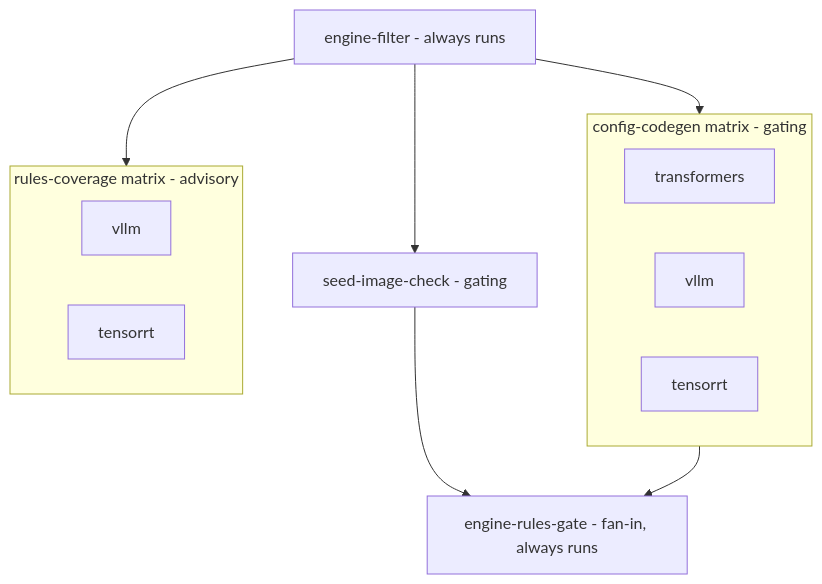
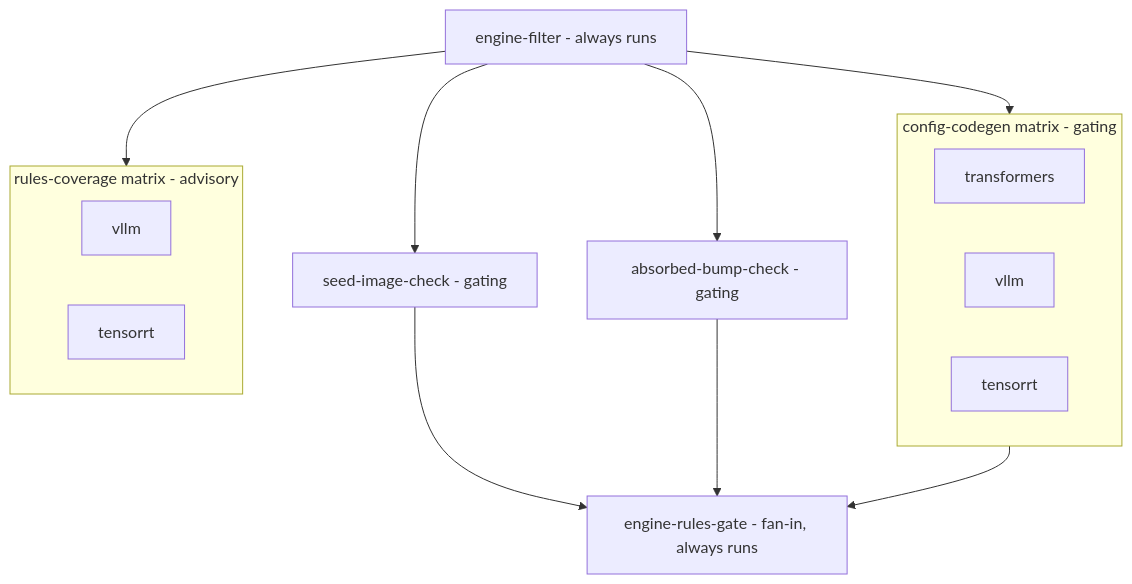
Before and after one commit to henrycgbaker/LLenergyMeasure: the diagram in docs/explanation/architecture/ci-architecture.md, drawn with Mermaid. The commit also changed other lines of this file and 4 other files, not shown here.

````diff
--- a/docs/explanation/architecture/ci-architecture.md
+++ b/docs/explanation/architecture/ci-architecture.md
@@ -39,21 +39,24 @@
 ```mermaid
 flowchart TB
     ef[engine-filter - always runs]
     subgraph config-codegen [config-codegen matrix - gating]
         cc_tf[transformers]
         cc_vllm[vllm]
         cc_trt[tensorrt]
     end
     subgraph rules-coverage [rules-coverage matrix - advisory]
         rc_vllm[vllm]
         rc_trt[tensorrt]
     end
     sic[seed-image-check - gating]
+    abc[absorbed-bump-check - gating]
     gate[engine-rules-gate - fan-in, always runs]
 
     ef --> config-codegen
     ef --> rules-coverage
     ef --> sic
+    ef --> abc
     config-codegen --> gate
     sic --> gate
+    abc --> gate
 ```
````
